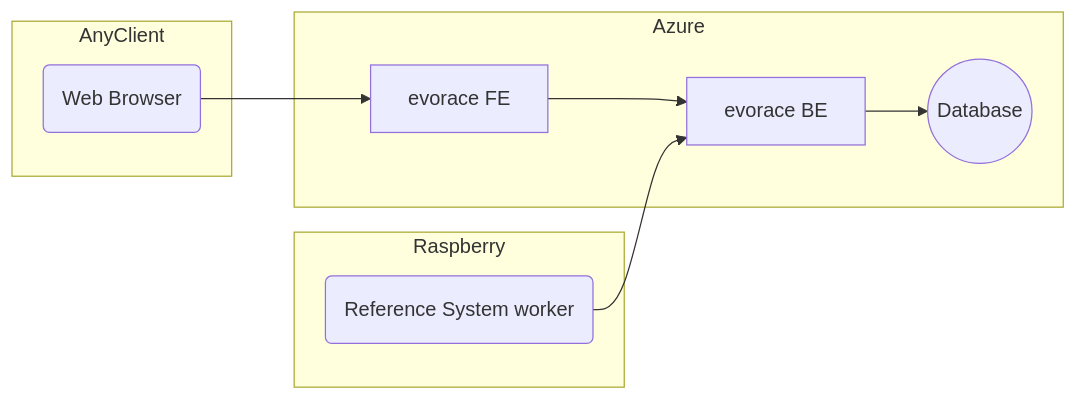
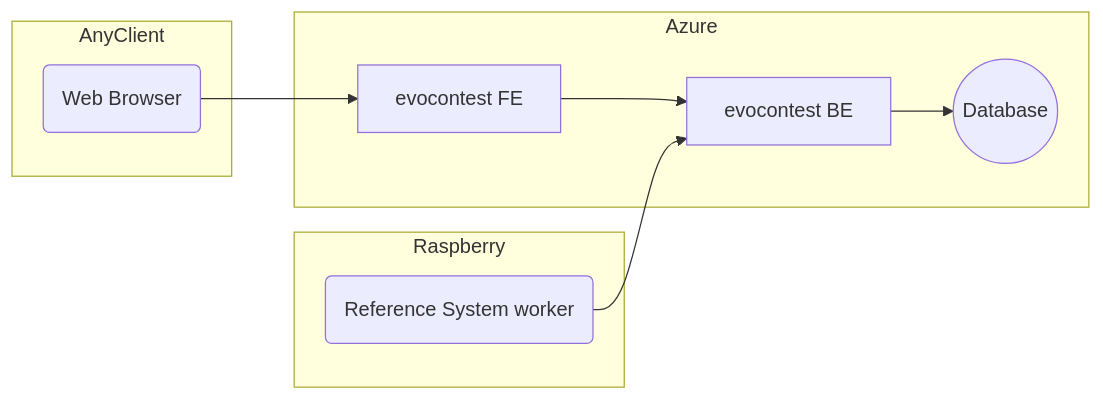
The first of 6 diagrams in docs/architecture.md (sanraith/evocontest), drawn with Mermaid before and after one commit. The commit also changed other lines of this file and 499 other files, not shown here.

Commit message:
Mass rename "evorace" to "evocontest".

````diff
--- a/docs/architecture.md
+++ b/docs/architecture.md
@@ -7,22 +7,22 @@
 ```mermaid
 graph LR
 
 subgraph AnyClient
 	C(Web Browser)
 end
 
 subgraph Raspberry
 	RPI(Reference System worker)
 end
 
 subgraph Azure
-	FE[evorace FE]
-	BE[evorace BE]
+	FE[evocontest FE]
+	BE[evocontest BE]
 	DB((Database))
 end
 
 C --> FE
 FE --> BE
 BE --> DB
 RPI --> BE
 ```
````
